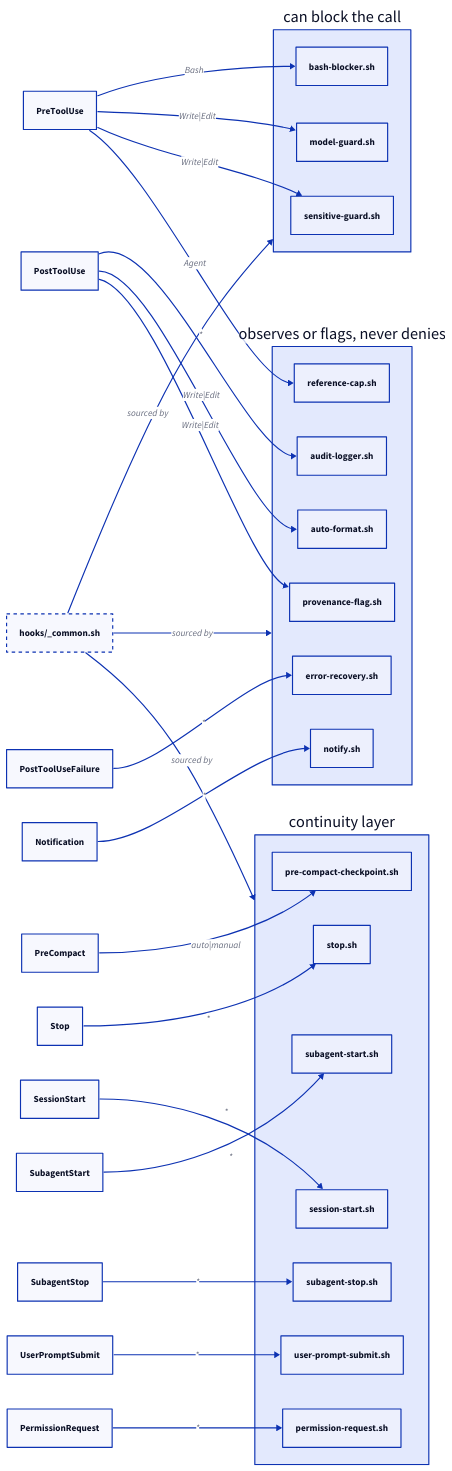
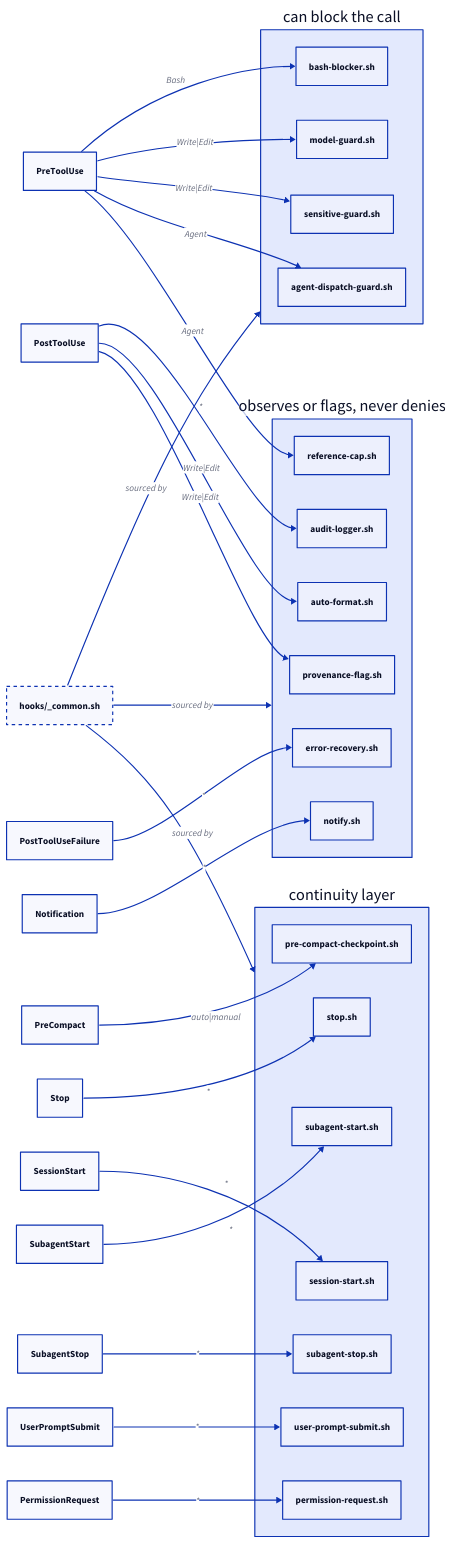
The third of 4 diagrams in README.md (nathan-hayashi/psychic-crew), drawn with D2 before and after one commit. The commit also changed other lines of this file and 15 other files, not shown here.

````diff
--- a/README.md
+++ b/README.md
@@ -210,54 +210,55 @@
 ```d2
 # Source of truth is .claude/settings.json — the PROJECT hook topology. run-crew-tests.sh
 # compares every event -> hook edge below against it in BOTH directions, so this diagram cannot
 # drift from the project file. User-scope hooks MERGE in addition at runtime (RETIRE-1: they are
 # governed by the harness user layer's own laws and defer inside this repo; they are not drawn).
 
 direction: right
 
 blocking: can block the call {
   "bash-blocker.sh"
   "model-guard.sh"
   "sensitive-guard.sh"
 }
 
 advisory: observes or flags, never denies {
   "reference-cap.sh"
   "audit-logger.sh"
   "auto-format.sh"
   "provenance-flag.sh"
   "error-recovery.sh"
   "notify.sh"
 }
 
 continuity: continuity layer {
   "pre-compact-checkpoint.sh"
   "stop.sh"
   "session-start.sh"
   "subagent-start.sh"
 }
 
 PreToolUse -> blocking."bash-blocker.sh": Bash
 PreToolUse -> blocking."model-guard.sh": Write|Edit
 PreToolUse -> blocking."sensitive-guard.sh": Write|Edit
+PreToolUse -> blocking."agent-dispatch-guard.sh": Agent
 PreToolUse -> advisory."reference-cap.sh": Agent
 PostToolUse -> advisory."audit-logger.sh": *
 PostToolUse -> advisory."auto-format.sh": Write|Edit
 PostToolUse -> advisory."provenance-flag.sh": Write|Edit
 PostToolUseFailure -> advisory."error-recovery.sh": *
 Notification -> advisory."notify.sh": *
 PreCompact -> continuity."pre-compact-checkpoint.sh": auto|manual
 Stop -> continuity."stop.sh": *
 SessionStart -> continuity."session-start.sh": *
 SubagentStart -> continuity."subagent-start.sh": *
 SubagentStop -> continuity."subagent-stop.sh": *
 UserPromptSubmit -> continuity."user-prompt-submit.sh": *
 PermissionRequest -> continuity."permission-request.sh": *
 
 preamble: "hooks/_common.sh" {
   style.stroke-dash: 3
 }
 preamble -> blocking: sourced by
 preamble -> advisory: sourced by
 preamble -> continuity: sourced by
 ```
````
